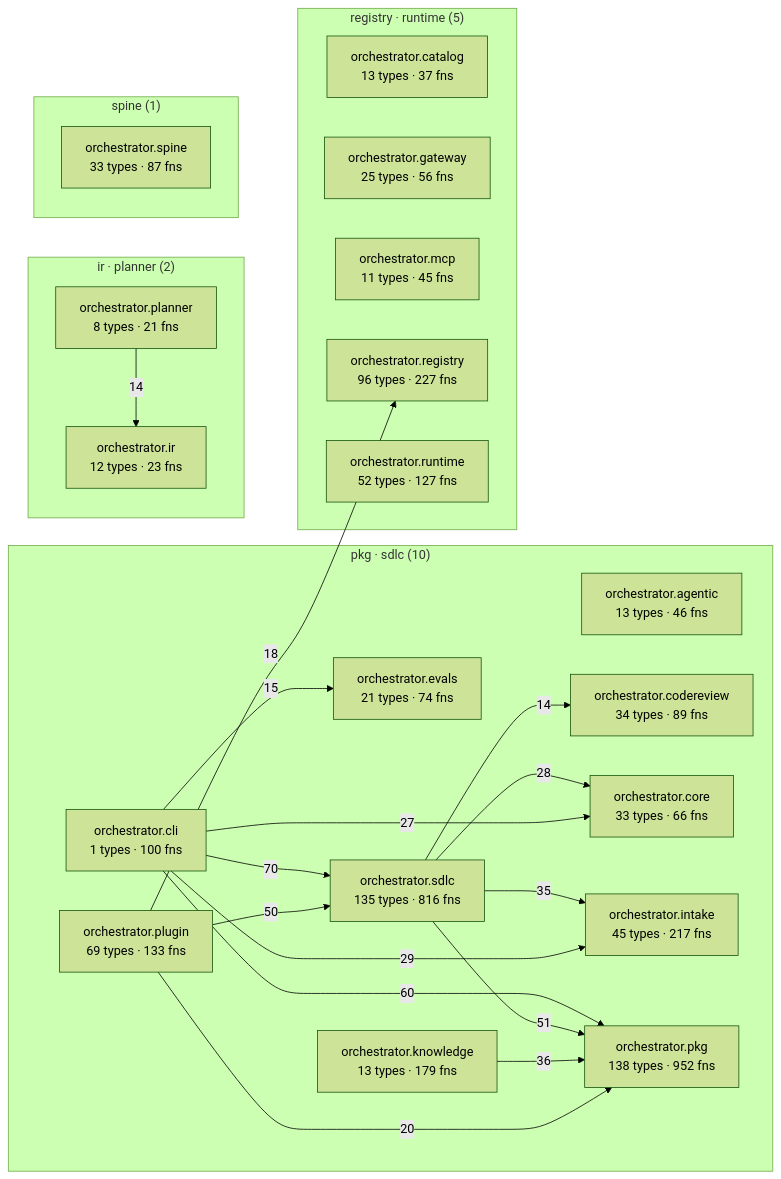
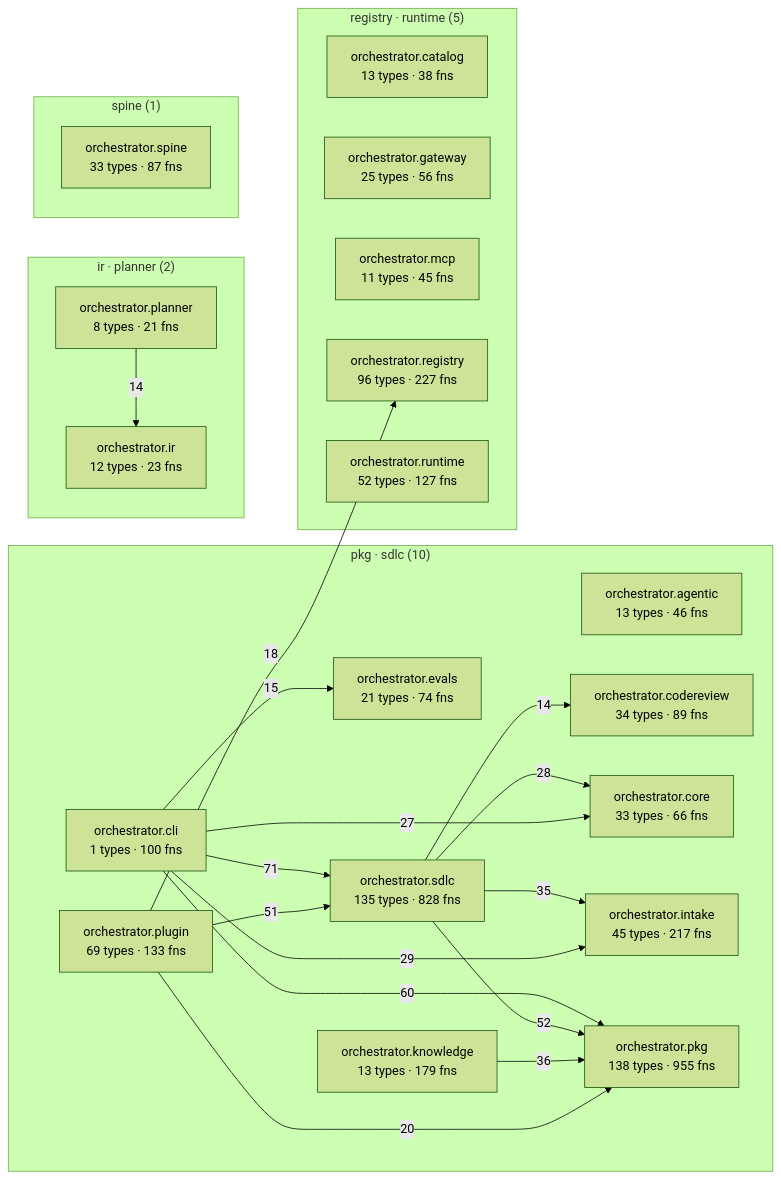
The diagram in episteme/architecture.md (palakupadhyay23/spine), drawn with Mermaid (forest theme) before and after one commit. The commit also changed other lines of this file and 40 other files, not shown here.

````diff
--- a/episteme/architecture.md
+++ b/episteme/architecture.md
@@ -54,43 +54,43 @@
 ```mermaid
 flowchart LR
   subgraph c_2["pkg · sdlc (10)"]
     aorchestratoragentic["orchestrator.agentic<br/>13 types · 46 fns"]
     aorchestratorcli["orchestrator.cli<br/>1 types · 100 fns"]
     aorchestratorcodereview["orchestrator.codereview<br/>34 types · 89 fns"]
     aorchestratorcore["orchestrator.core<br/>33 types · 66 fns"]
     aorchestratorevals["orchestrator.evals<br/>21 types · 74 fns"]
     aorchestratorintake["orchestrator.intake<br/>45 types · 217 fns"]
     aorchestratorknowledge["orchestrator.knowledge<br/>13 types · 179 fns"]
-    aorchestratorpkg["orchestrator.pkg<br/>138 types · 952 fns"]
+    aorchestratorpkg["orchestrator.pkg<br/>138 types · 955 fns"]
     aorchestratorplugin["orchestrator.plugin<br/>69 types · 133 fns"]
-    aorchestratorsdlc["orchestrator.sdlc<br/>135 types · 816 fns"]
+    aorchestratorsdlc["orchestrator.sdlc<br/>135 types · 828 fns"]
   end
   subgraph c_4["registry · runtime (5)"]
-    aorchestratorcatalog["orchestrator.catalog<br/>13 types · 37 fns"]
+    aorchestratorcatalog["orchestrator.catalog<br/>13 types · 38 fns"]
     aorchestratorgateway["orchestrator.gateway<br/>25 types · 56 fns"]
     aorchestratormcp["orchestrator.mcp<br/>11 types · 45 fns"]
     aorchestratorregistry["orchestrator.registry<br/>96 types · 227 fns"]
     aorchestratorruntime["orchestrator.runtime<br/>52 types · 127 fns"]
   end
   subgraph c_7["ir · planner (2)"]
     aorchestratorir["orchestrator.ir<br/>12 types · 23 fns"]
     aorchestratorplanner["orchestrator.planner<br/>8 types · 21 fns"]
   end
   subgraph c_12["spine (1)"]
     aorchestratorspine["orchestrator.spine<br/>33 types · 87 fns"]
   end
-  aorchestratorcli -->|70| aorchestratorsdlc
+  aorchestratorcli -->|71| aorchestratorsdlc
   aorchestratorcli -->|60| aorchestratorpkg
-  aorchestratorsdlc -->|51| aorchestratorpkg
-  aorchestratorplugin -->|50| aorchestratorsdlc
+  aorchestratorsdlc -->|52| aorchestratorpkg
+  aorchestratorplugin -->|51| aorchestratorsdlc
   aorchestratorknowledge -->|36| aorchestratorpkg
   aorchestratorsdlc -->|35| aorchestratorintake
   aorchestratorcli -->|29| aorchestratorintake
   aorchestratorsdlc -->|28| aorchestratorcore
   aorchestratorcli -->|27| aorchestratorcore
   aorchestratorplugin -->|20| aorchestratorpkg
   aorchestratorplugin -->|18| aorchestratorregistry
   aorchestratorcli -->|15| aorchestratorevals
   aorchestratorplanner -->|14| aorchestratorir
   aorchestratorsdlc -->|14| aorchestratorcodereview
 ```
````
